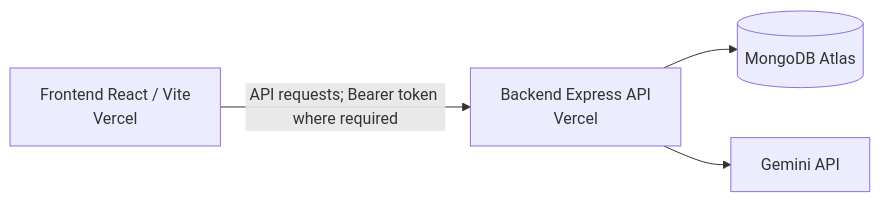
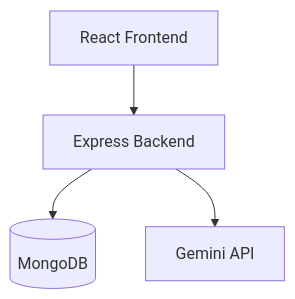
The diagram in README.md (amseph/itelect4-backend), drawn with Mermaid before and after one commit. The commit also changed other lines of this file, not shown here.

````diff
--- a/README.md
+++ b/README.md
@@ -46,11 +36,11 @@
 ```mermaid
-flowchart LR
-    Frontend[Frontend React / Vite<br/>Vercel]
-    Backend[Backend Express API<br/>Vercel]
-    MongoDB[(MongoDB Atlas)]
+flowchart TB
+    Frontend[React Frontend]
+    Backend[Express Backend]
+    MongoDB[(MongoDB)]
     Gemini[Gemini API]
 
-    Frontend -->|API requests; Bearer token where required| Backend
+    Frontend --> Backend
     Backend --> MongoDB
     Backend --> Gemini
 ```
````
